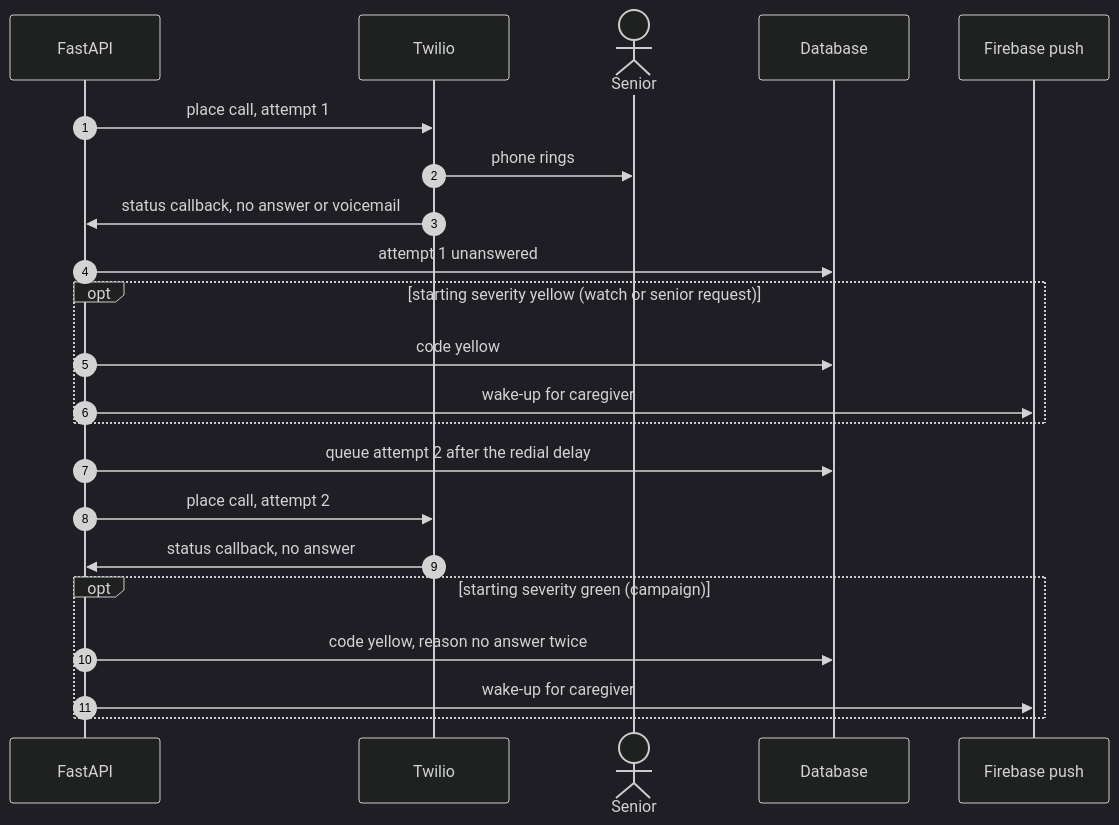
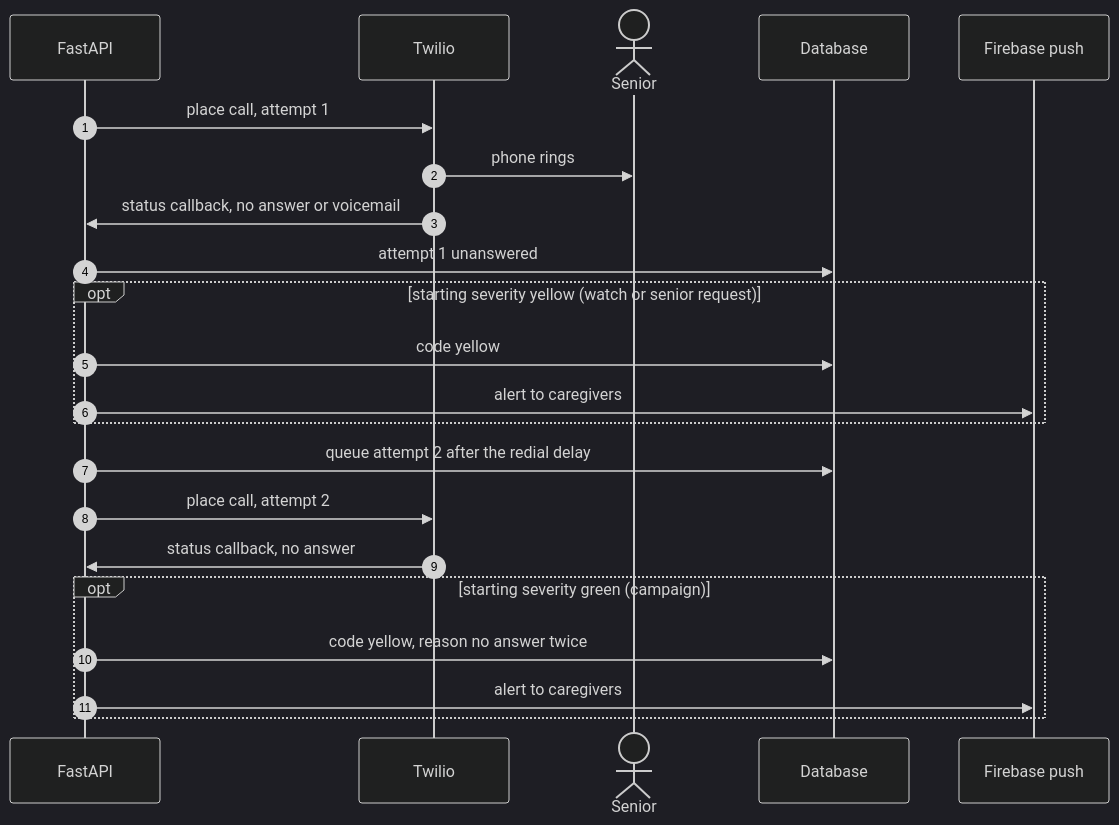
One commit to paulhondola/EchoCare changed the fifth of 7 diagrams in docs/specs/sentinela/02-use-cases.md. Above: the diagram before and after it, drawn with Mermaid (dark theme). The commit also changed other lines of this file and 6 other files, not shown here.

First line of the commit message:
Revise Sentinela MVP architecture and rules

````diff
--- a/docs/specs/sentinela/02-use-cases.md
+++ b/docs/specs/sentinela/02-use-cases.md
@@ -349,25 +373,25 @@
 ```mermaid
 sequenceDiagram
     autonumber
     participant F as FastAPI
     participant T as Twilio
     actor S as Senior
     participant DB as Database
     participant P as Firebase push
 
     F->>T: place call, attempt 1
     T->>S: phone rings
     T->>F: status callback, no answer or voicemail
     F->>DB: attempt 1 unanswered
     opt starting severity yellow (watch or senior request)
         F->>DB: code yellow
-        F->>P: wake-up for caregiver
+        F->>P: alert to caregivers
     end
     F->>DB: queue attempt 2 after the redial delay
     F->>T: place call, attempt 2
     T->>F: status callback, no answer
     opt starting severity green (campaign)
         F->>DB: code yellow, reason no answer twice
-        F->>P: wake-up for caregiver
+        F->>P: alert to caregivers
     end
 ```
````
